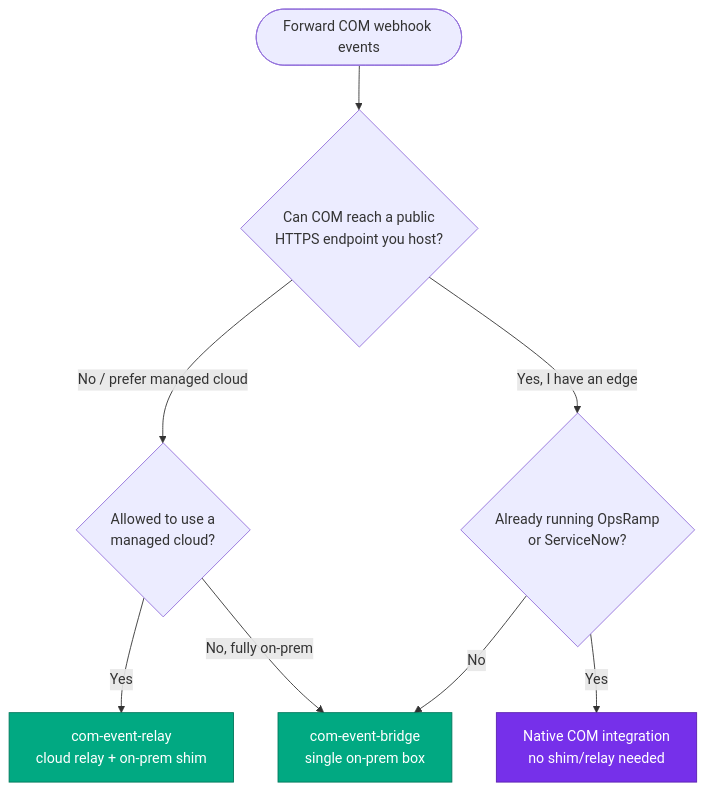
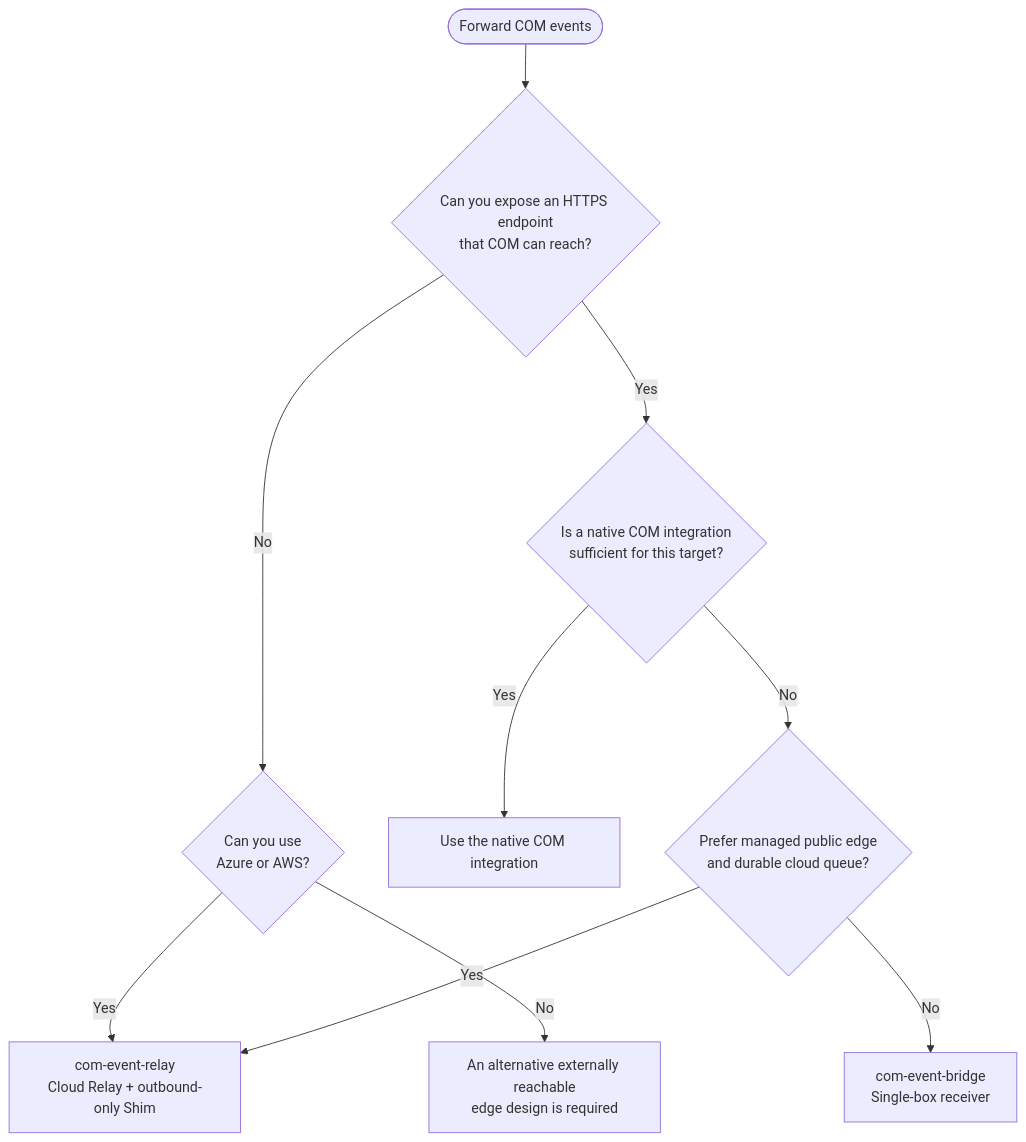
Before and after one commit to jullienl/HPE-COM-Event-Integrations: the second of 3 diagrams in README.md, drawn with Mermaid. The commit also changed other lines of this file and 5 other files, not shown here.

First line of the commit message:
docs: rewrite project READMEs and add architecture diagrams

````diff
--- a/README.md
+++ b/README.md
@@ -99,18 +287,18 @@
 ```mermaid
 flowchart TD
-    Start([Forward COM webhook events]) --> Q1{Can COM reach a public<br/>HTTPS endpoint you host?}
+    START([Forward COM events])
 
-    Q1 -->|No / prefer managed cloud| Q2{Allowed to use a<br/>managed cloud?}
-    Q1 -->|Yes, I have an edge| Q3{Already running OpsRamp<br/>or ServiceNow?}
+    START --> Q1{Can you expose an HTTPS endpoint<br/>that COM can reach?}
 
-    Q2 -->|Yes| Relay[com-event-relay<br/>cloud relay + on-prem shim]
-    Q2 -->|No, fully on-prem| Bridge[com-event-bridge<br/>single on-prem box]
+    Q1 -->|No| Q2{Can you use<br/>Azure or AWS?}
+    Q1 -->|Yes| Q3{Is a native COM integration<br/>sufficient for this target?}
 
-    Q3 -->|Yes| Native[Native COM integration<br/>no shim/relay needed]
-    Q3 -->|No| Bridge
+    Q2 -->|Yes| RELAY[com-event-relay<br/>Cloud Relay + outbound-only Shim]
+    Q2 -->|No| EDGE[An alternative externally reachable<br/>edge design is required]
 
-    classDef pick fill:#01a982,stroke:#00775b,color:#fff;
-    classDef native fill:#7630ea,stroke:#5a1fb0,color:#fff;
-    class Relay,Bridge pick;
-    class Native native;
+    Q3 -->|Yes| NATIVE[Use the native COM integration]
+    Q3 -->|No| Q4{Prefer managed public edge<br/>and durable cloud queue?}
+
+    Q4 -->|Yes| RELAY
+    Q4 -->|No| BRIDGE[com-event-bridge<br/>Single-box receiver]
 ```
````
